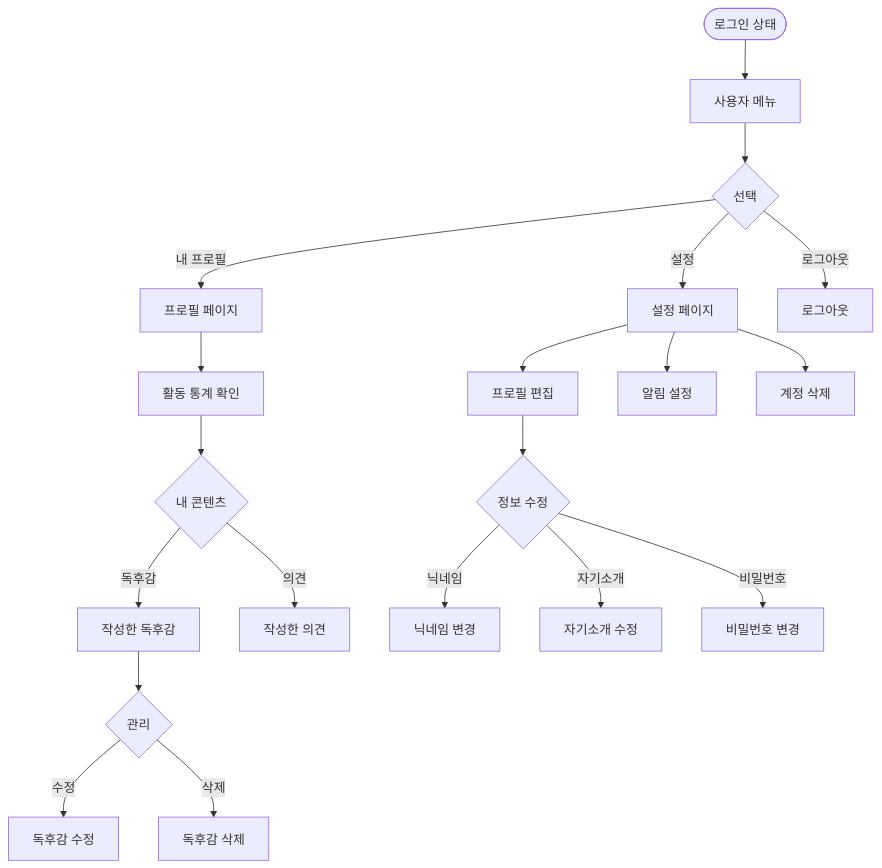
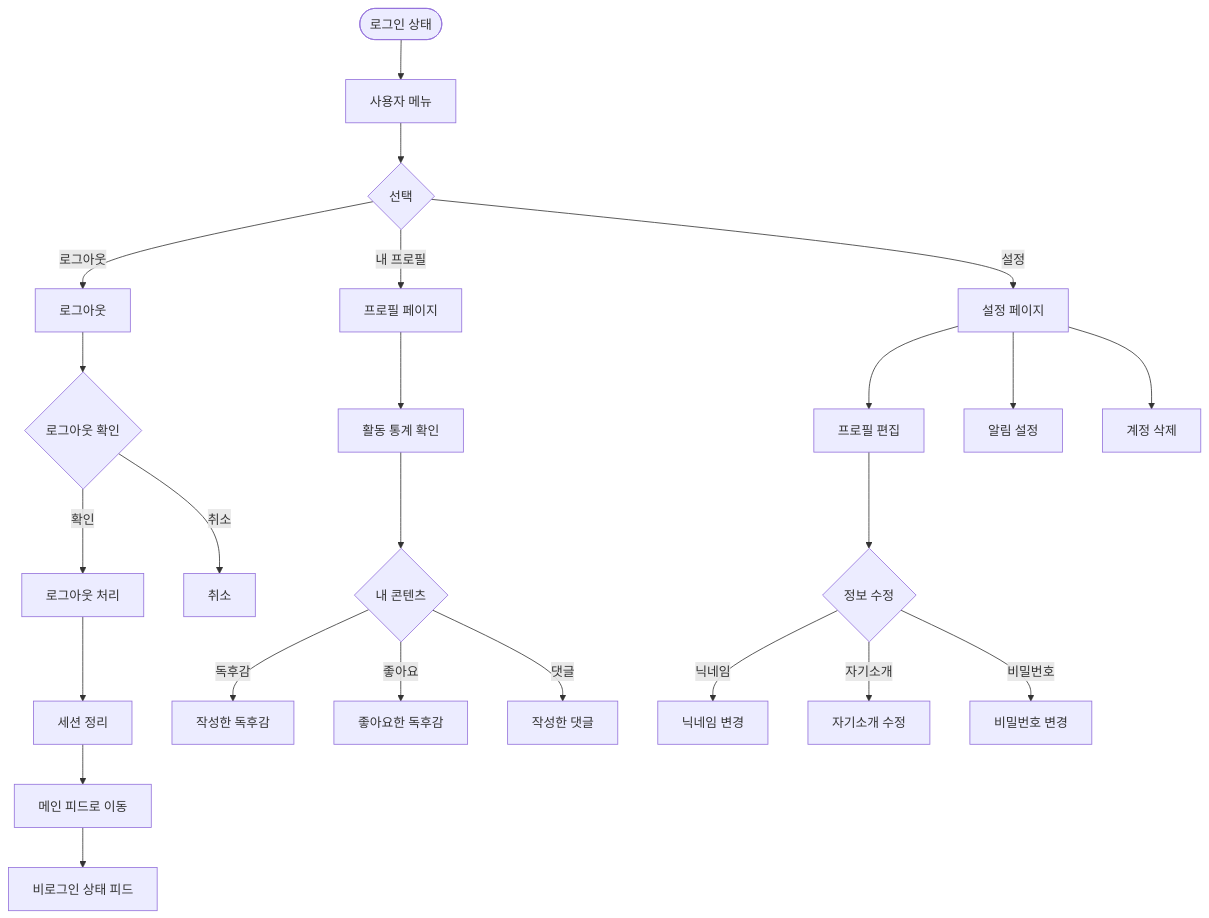
Before and after one commit to zerodice0/readzone: the third of 9 diagrams in docs/user-flows.md, drawn with Mermaid. The commit also changed other lines of this file and 23 other files, not shown here.

Commit message:
docs: update prd and user-flow.

````diff
--- a/docs/user-flows.md
+++ b/docs/user-flows.md
@@ -158,27 +253,31 @@
 ```mermaid
 flowchart TD
     Start([로그인 상태]) --> UserMenu[사용자 메뉴]
     
     UserMenu --> Options{선택}
     Options -->|내 프로필| MyProfile[프로필 페이지]
     Options -->|설정| Settings[설정 페이지]
     Options -->|로그아웃| Logout[로그아웃]
     
+    Logout --> LogoutConfirm{로그아웃 확인}
+    LogoutConfirm -->|확인| ProcessLogout[로그아웃 처리]
+    LogoutConfirm -->|취소| CancelLogout[취소]
+    ProcessLogout --> ClearSession[세션 정리]
+    ClearSession --> RedirectToFeed[메인 피드로 이동]
+    RedirectToFeed --> UnauthenticatedFeed[비로그인 상태 피드]
+    
     MyProfile --> ViewStats[활동 통계 확인]
     ViewStats --> MyContent{내 콘텐츠}
     MyContent -->|독후감| MyReviews[작성한 독후감]
-    MyContent -->|의견| MyOpinions[작성한 의견]
-    
-    MyReviews --> ManageReview{관리}
-    ManageReview -->|수정| EditReview[독후감 수정]
-    ManageReview -->|삭제| DeleteReview[독후감 삭제]
+    MyContent -->|좋아요| MyLikes[좋아요한 독후감]
+    MyContent -->|댓글| MyComments[작성한 댓글]
     
     Settings --> ProfileEdit[프로필 편집]
     ProfileEdit --> UpdateInfo{정보 수정}
     UpdateInfo -->|닉네임| ChangeNickname[닉네임 변경]
     UpdateInfo -->|자기소개| ChangeBio[자기소개 수정]
     UpdateInfo -->|비밀번호| ChangePassword[비밀번호 변경]
     
     Settings --> NotificationSettings[알림 설정]
     Settings --> AccountDelete[계정 삭제]
 ```
````
